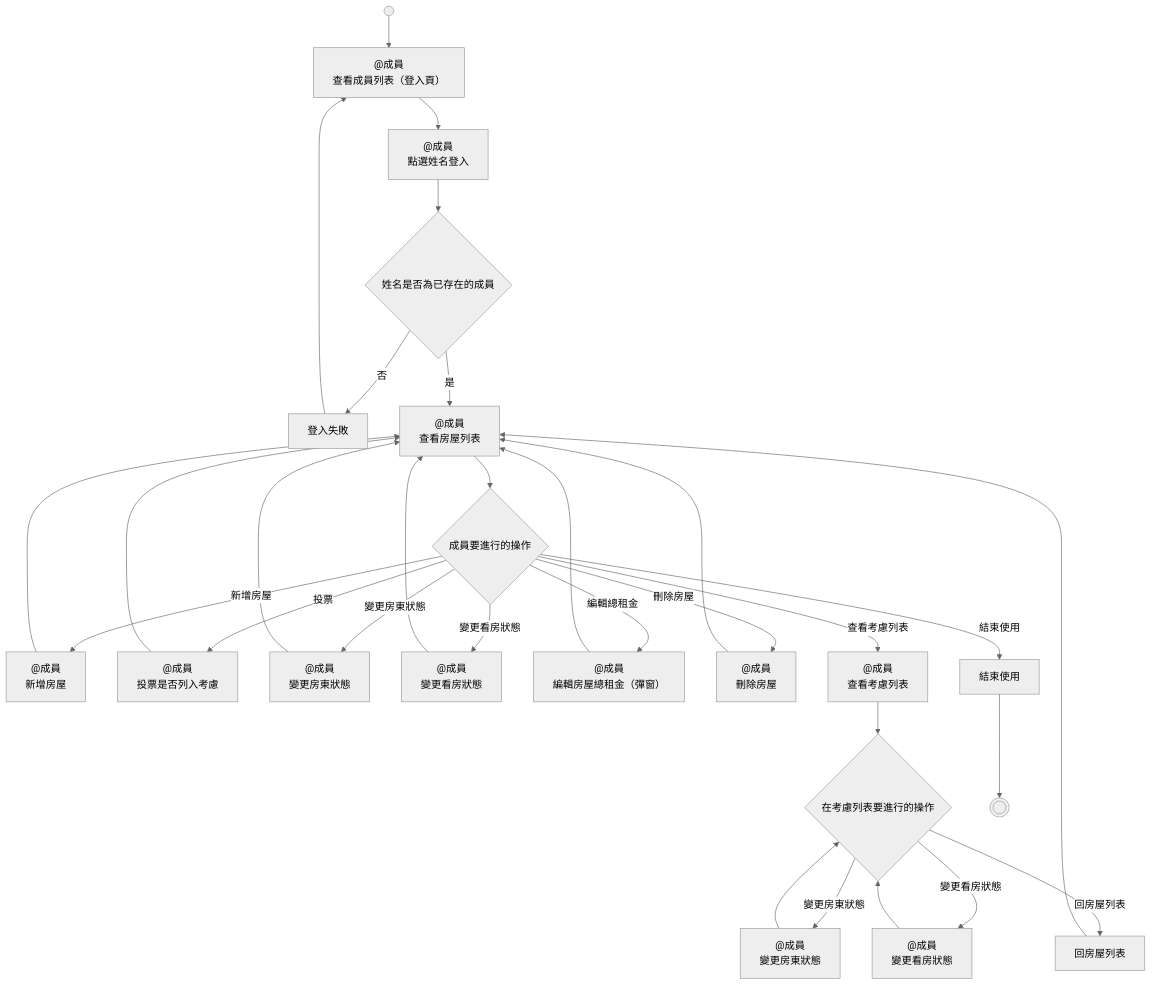
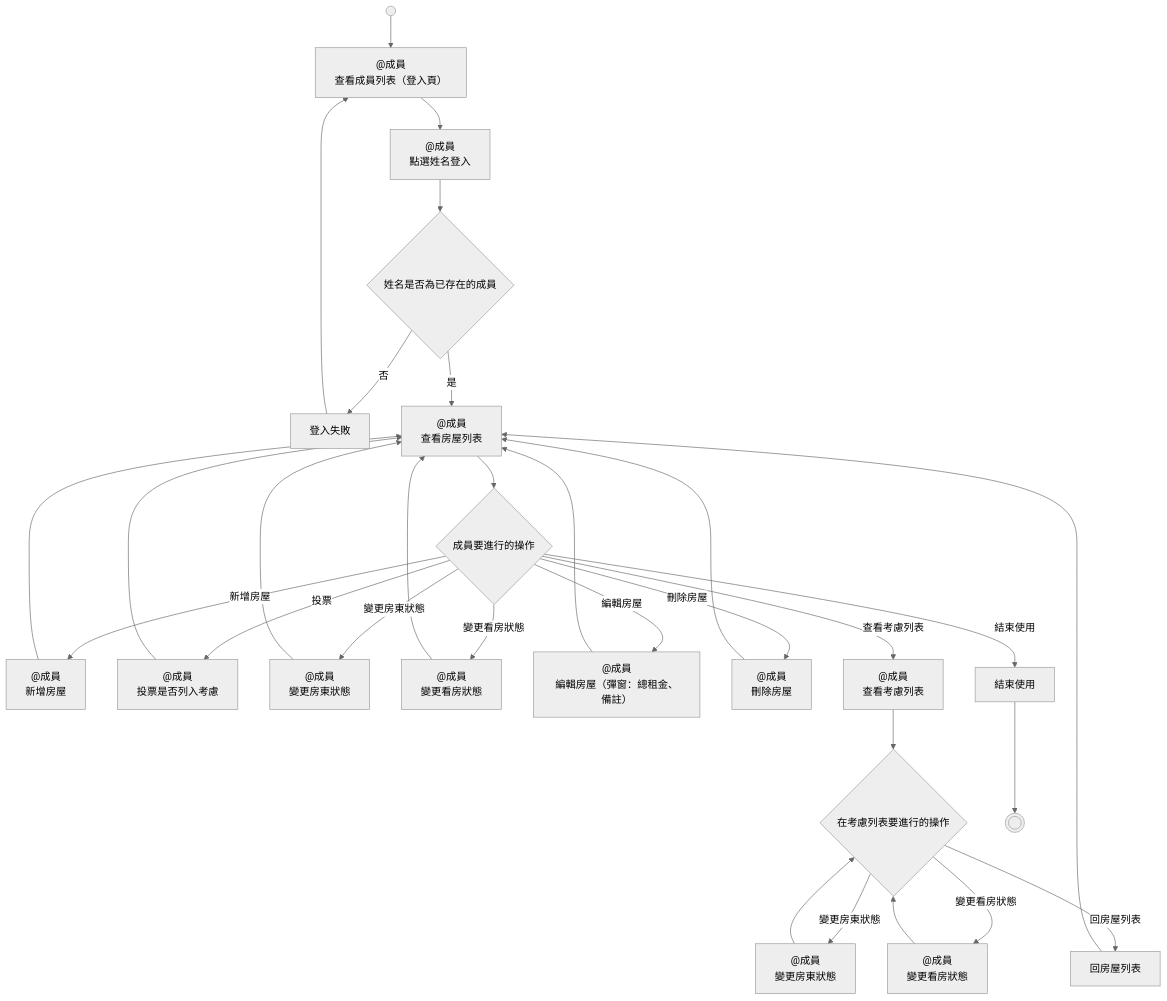
The diagram in specs/activities/找租屋追蹤.mmd (lallumeurRuby/Rentttt), drawn with Mermaid (neutral theme) before and after one commit. The commit also changed 12 other files, not shown here.

```diff
--- a/specs/activities/找租屋追蹤.mmd
+++ b/specs/activities/找租屋追蹤.mmd
@@ -1,102 +1,102 @@
 %% ═══ 區段一：Activity 標頭與 Actor 宣告 ═══
 %% [ACTIVITY] 找租屋追蹤
 %% 三位成員權限完全相同（Q10 已確認）
 %% [ACTOR] 成員 -> {specs/actors/成員.md}
 
 flowchart TD
 
 %% ═══ 區段二：節點定義 ═══
 
     Start(( ))
 
     %% 登入頁列出成員供點選，此查詢不需登入（Q9 補問已確認）
     %% [STEP:1] @成員 {backend/tests/features/member/查詢成員列表.feature}
     S1["@成員<br/>查看成員列表（登入頁）"]
 
     %% 除查詢成員列表與登入外，所有操作皆需先登入（Q7 已確認）
     %% [STEP:2] @成員 {backend/tests/features/member/登入.feature}
     S2["@成員<br/>點選姓名登入"]
 
     %% 後端仍驗證，名單外姓名回傳「查無此成員」（Q9 已確認）
     %% [DECISION:2a] 姓名是否為已存在的成員
     D2a{"姓名是否為已存在的成員"}
 
     %% [BRANCH:2a:否 -> 1]
     B2a_no["登入失敗"]
 
     %% [STEP:3] @成員 {backend/tests/features/house/查詢房屋列表.feature}
     S3["@成員<br/>查看房屋列表"]
 
     %% 需要刪除房屋；不需要登出（Q11 已確認）
     %% [DECISION:3a] 成員要進行的操作
     D3a{"成員要進行的操作"}
 
     %% [BRANCH:3a:新增房屋 -> 3] @成員 {backend/tests/features/house/新增房屋.feature}
     B3a_add["@成員<br/>新增房屋"]
 
     %% [BRANCH:3a:投票 -> 3] @成員 {backend/tests/features/house/投票是否列入考慮.feature}
     B3a_vote["@成員<br/>投票是否列入考慮"]
 
     %% [BRANCH:3a:變更房東狀態 -> 3] @成員 {backend/tests/features/house/變更房東狀態.feature}
     B3a_landlord["@成員<br/>變更房東狀態"]
 
     %% [BRANCH:3a:變更看房狀態 -> 3] @成員 {backend/tests/features/house/變更看房狀態.feature}
     B3a_viewing["@成員<br/>變更看房狀態"]
 
-    %% [BRANCH:3a:編輯總租金 -> 3] @成員 {backend/tests/features/house/編輯房屋總租金.feature}
-    B3a_edit["@成員<br/>編輯房屋總租金（彈窗）"]
+    %% [BRANCH:3a:編輯房屋 -> 3] @成員 {backend/tests/features/house/編輯房屋.feature}
+    B3a_edit["@成員<br/>編輯房屋（彈窗：總租金、備註）"]
 
     %% [BRANCH:3a:刪除房屋 -> 3] @成員 {backend/tests/features/house/刪除房屋.feature}
     B3a_delete["@成員<br/>刪除房屋"]
 
     %% [BRANCH:3a:查看考慮列表] @成員 {backend/tests/features/house/查詢考慮列表.feature}
     B3a_consider["@成員<br/>查看考慮列表"]
 
     %% [DECISION:3a1] 在考慮列表要進行的操作
     D3a1{"在考慮列表要進行的操作"}
 
     %% [BRANCH:3a1:變更房東狀態 -> 3a1] @成員 {backend/tests/features/house/變更房東狀態.feature}
     B3a1_landlord["@成員<br/>變更房東狀態"]
 
     %% [BRANCH:3a1:變更看房狀態 -> 3a1] @成員 {backend/tests/features/house/變更看房狀態.feature}
     B3a1_viewing["@成員<br/>變更看房狀態"]
 
     %% [BRANCH:3a1:回房屋列表 -> 3]
     B3a1_back["回房屋列表"]
 
     %% [BRANCH:3a:結束使用]
     B3a_done["結束使用"]
 
     End((( )))
 
 %% ═══ 區段三：邊定義 ═══
 
     Start --> S1
     S1 --> S2
     S2 --> D2a
     D2a -- 否 --> B2a_no
     B2a_no --> S1
     D2a -- 是 --> S3
     S3 --> D3a
     D3a -- 新增房屋 --> B3a_add
     B3a_add --> S3
     D3a -- 投票 --> B3a_vote
     B3a_vote --> S3
     D3a -- 變更房東狀態 --> B3a_landlord
     B3a_landlord --> S3
     D3a -- 變更看房狀態 --> B3a_viewing
     B3a_viewing --> S3
-    D3a -- 編輯總租金 --> B3a_edit
+    D3a -- 編輯房屋 --> B3a_edit
     B3a_edit --> S3
     D3a -- 刪除房屋 --> B3a_delete
     B3a_delete --> S3
     D3a -- 查看考慮列表 --> B3a_consider
     B3a_consider --> D3a1
     D3a1 -- 變更房東狀態 --> B3a1_landlord
     B3a1_landlord --> D3a1
     D3a1 -- 變更看房狀態 --> B3a1_viewing
     B3a1_viewing --> D3a1
     D3a1 -- 回房屋列表 --> B3a1_back
     B3a1_back --> S3
     D3a -- 結束使用 --> B3a_done
     B3a_done --> End
```
